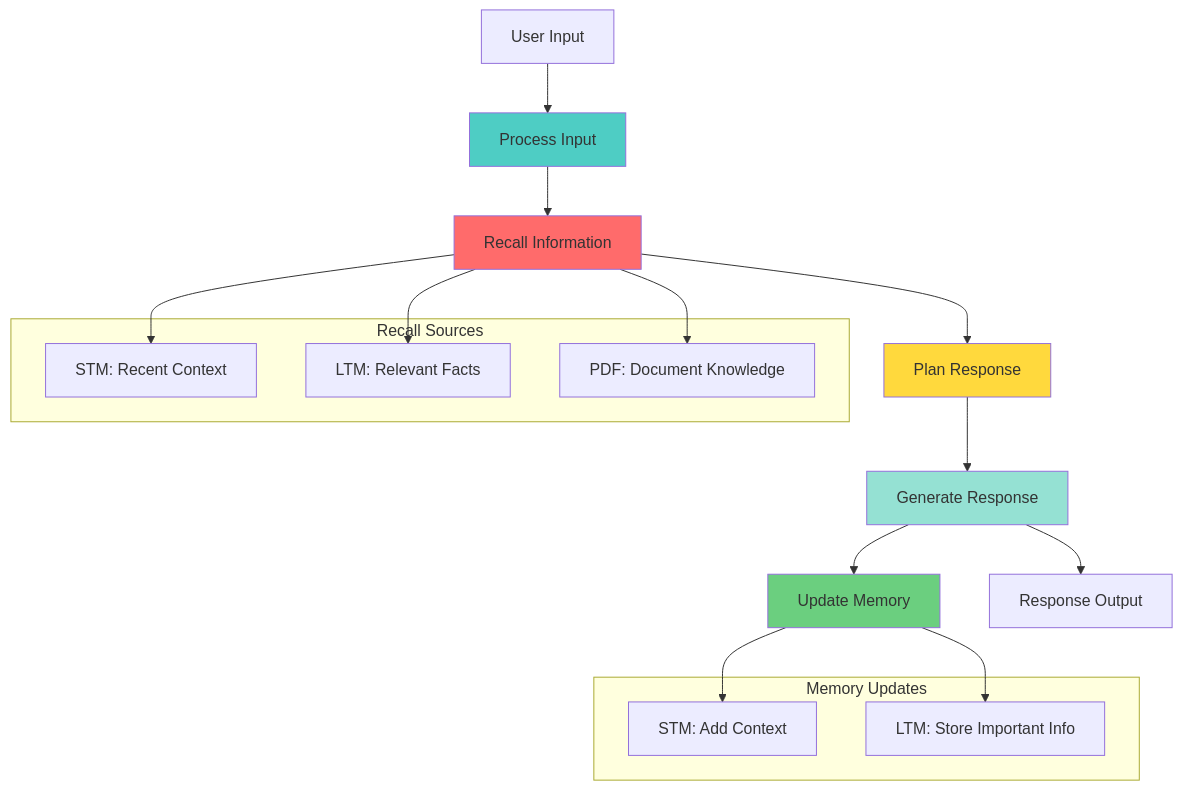
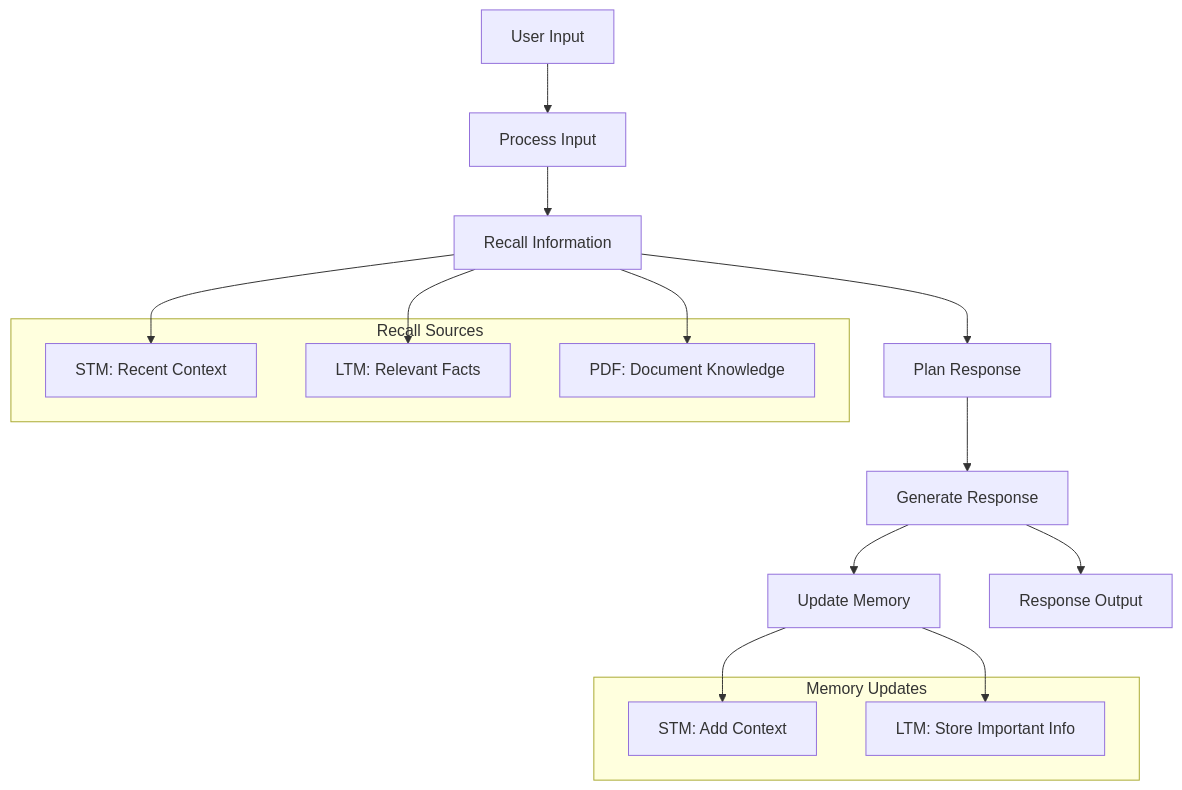
Before and after one commit to Shashwat-Akhilesh-Shukla/Cognitive-AI: the tenth of 18 diagrams in RESEARCH.md, drawn with Mermaid. The commit also changed other lines of this file and 4 other files, not shown here.

````diff
--- a/RESEARCH.md
+++ b/RESEARCH.md
@@ -896,41 +921,35 @@
 ```mermaid
 graph TB
     INPUT[User Input]
     PROCESS[Process Input]
     RECALL[Recall Information]
     PLAN[Plan Response]
     GENERATE[Generate Response]
     UPDATE[Update Memory]
     OUTPUT[Response Output]
     
     INPUT --> PROCESS
     PROCESS --> RECALL
     RECALL --> PLAN
     PLAN --> GENERATE
     GENERATE --> OUTPUT
     GENERATE --> UPDATE
     
     subgraph "Recall Sources"
         STM_R[STM: Recent Context]
         LTM_R[LTM: Relevant Facts]
         PDF_R[PDF: Document Knowledge]
     end
     
     RECALL --> STM_R
     RECALL --> LTM_R
     RECALL --> PDF_R
     
     subgraph "Memory Updates"
         STM_U[STM: Add Context]
         LTM_U[LTM: Store Important Info]
     end
     
     UPDATE --> STM_U
     UPDATE --> LTM_U
-    
-    style PROCESS fill:#4ecdc4
-    style RECALL fill:#ff6b6b
-    style PLAN fill:#ffd93d
-    style GENERATE fill:#95e1d3
-    style UPDATE fill:#6bcf7f
 ```
````
